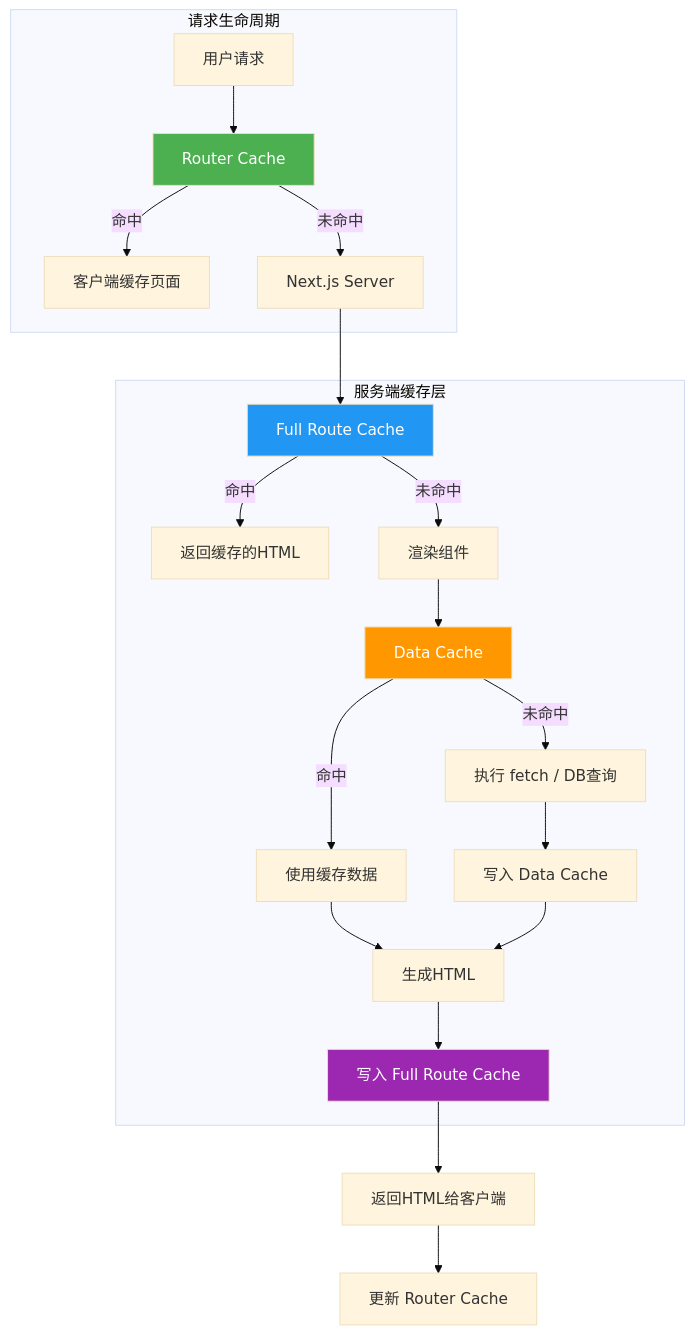
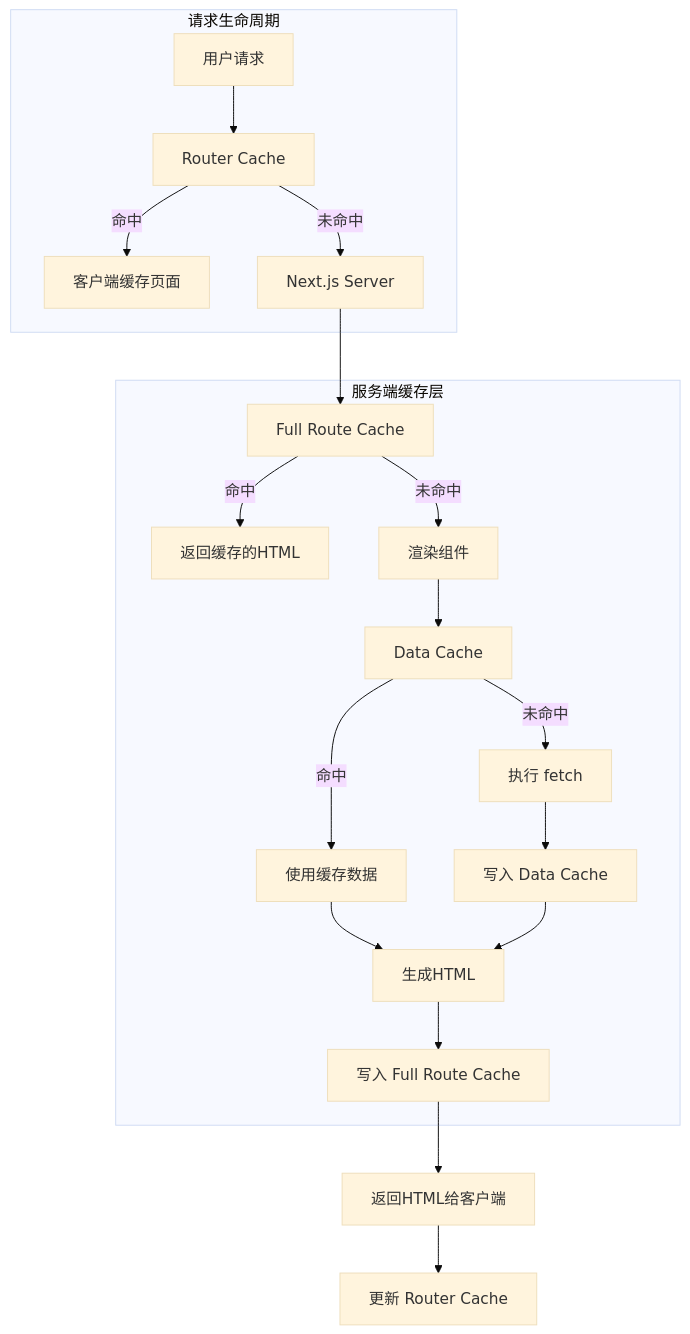
One commit to KMaybe01/common changed diagram 19 of 21 in 00-基础常识/05-React-详解版.md. Above: the diagram before and after it, drawn with Mermaid (base theme). The commit also changed other lines of this file and 10 other files, not shown here.

````diff
--- a/00-基础常识/05-React-详解版.md
+++ b/00-基础常识/05-React-详解版.md
@@ -1797,29 +1540,24 @@
 ```mermaid
 graph TB
     subgraph "请求生命周期"
         A["用户请求"] --> B["Router Cache"]
         B -->|命中| C["客户端缓存页面"]
         B -->|未命中| D["Next.js Server"]
     end
 
     subgraph "服务端缓存层"
         D --> E["Full Route Cache"]
         E -->|命中| F["返回缓存的HTML"]
         E -->|未命中| G["渲染组件"]
         G --> H["Data Cache"]
         H -->|命中| I["使用缓存数据"]
-        H -->|未命中| J["执行 fetch / DB查询"]
+        H -->|未命中| J["执行 fetch"]
         J --> K["写入 Data Cache"]
         I --> L["生成HTML"]
         K --> L
         L --> M["写入 Full Route Cache"]
     end
 
     M --> N["返回HTML给客户端"]
     N --> O["更新 Router Cache"]
-
-    style B fill:#4CAF50,color:#fff
-    style E fill:#2196F3,color:#fff
-    style H fill:#FF9800,color:#fff
-    style M fill:#9C27B0,color:#fff
 ```
````
